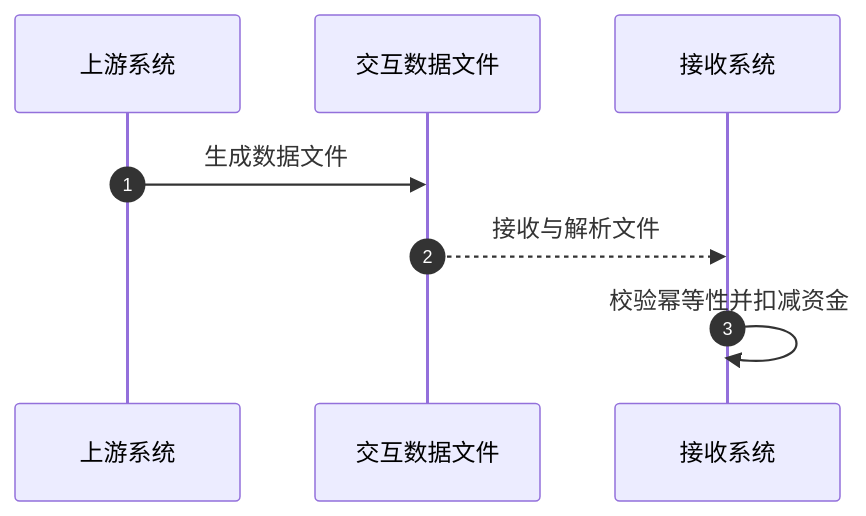
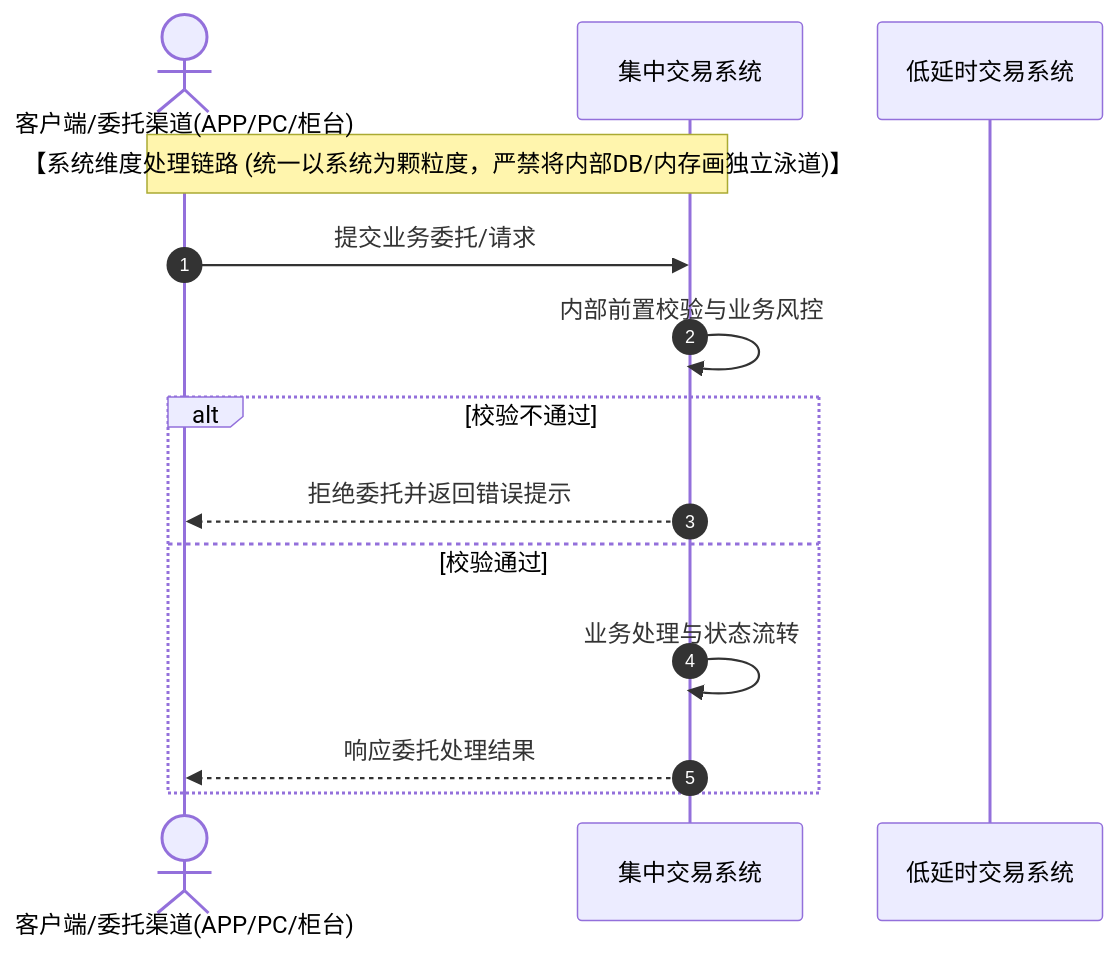
The diagram in ba-to-dev/SKILL.md (wujin2025-sh/skills-archive), drawn with Mermaid before and after one commit. The commit also changed other lines of this file and 171 other files, not shown here.

````diff
--- a/ba-to-dev/SKILL.md
+++ b/ba-to-dev/SKILL.md
@@ -238,11 +369,17 @@
 ```mermaid
 sequenceDiagram
     autonumber
-    participant 系统A as 上游系统
-    participant 文件 as 交互数据文件
-    participant 系统B as 接收系统
+    actor 客户 as 客户端/委托渠道(APP/PC/柜台)
+    participant 系统A as 集中交易系统
+    participant 系统B as 低延时交易系统
     
-    系统A->>文件: 生成数据文件
-    文件-->>系统B: 接收与解析文件
-    系统B->>系统B: 校验幂等性并扣减资金
+    Note over 客户,系统A: 【系统维度处理链路 (统一以系统为颗粒度，严禁将内部DB/内存画独立泳道)】
+    客户->>系统A: 提交业务委托/请求
+    系统A->>系统A: 内部前置校验与业务风控
+    alt 校验不通过
+        系统A-->>客户: 拒绝委托并返回错误提示
+    else 校验通过
+        系统A->>系统A: 业务处理与状态流转
+        系统A-->>客户: 响应委托处理结果
+    end
 ```
````
